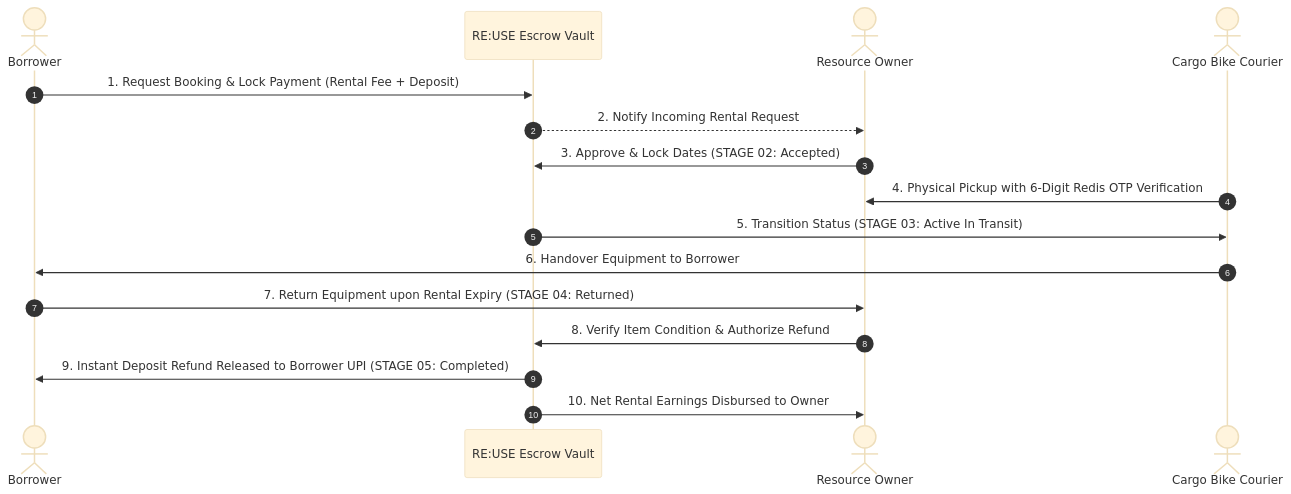
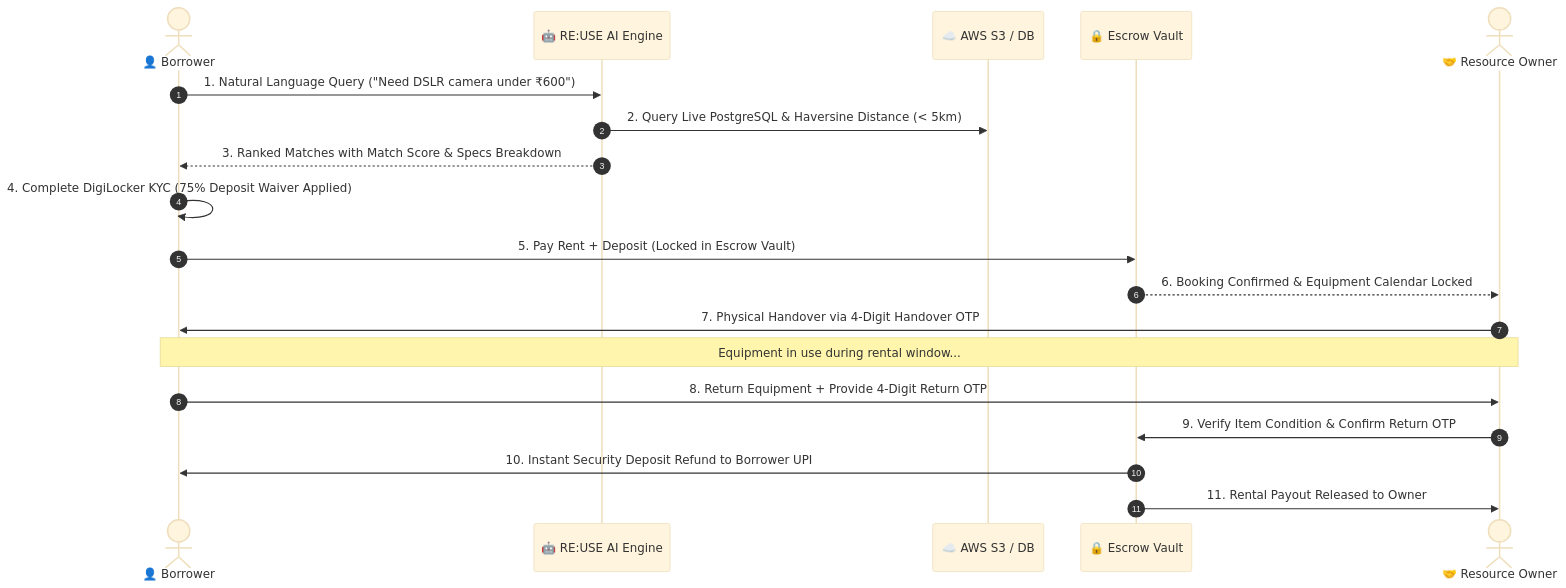
Before and after one commit to khaleek696-art/reuseproject: the first of 2 diagrams in README.md, drawn with Mermaid (base theme). The commit also changed other lines of this file, not shown here.

Commit message:
docs: overhaul README with architecture diagrams, DigiLocker KYC, Escrow vault, and Tiger Data analytics

````diff
--- a/README.md
+++ b/README.md
@@ -46,19 +81,22 @@
 ```mermaid
 sequenceDiagram
     autonumber
-    actor B as Borrower
-    participant S as RE:USE Escrow Vault
-    actor O as Resource Owner
-    actor C as Cargo Bike Courier
+    actor B as 👤 Borrower
+    participant AI as 🤖 RE:USE AI Engine
+    participant S3 as ☁️ AWS S3 / DB
+    participant E as 🔒 Escrow Vault
+    actor O as 🤝 Resource Owner
 
-    B->>S: 1. Request Booking & Lock Payment (Rental Fee + Deposit)
-    S-->>O: 2. Notify Incoming Rental Request
-    O->>S: 3. Approve & Lock Dates (STAGE 02: Accepted)
-    C->>O: 4. Physical Pickup with 6-Digit Redis OTP Verification
-    S->>C: 5. Transition Status (STAGE 03: Active In Transit)
-    C->>B: 6. Handover Equipment to Borrower
-    B->>O: 7. Return Equipment upon Rental Expiry (STAGE 04: Returned)
-    O->>S: 8. Verify Item Condition & Authorize Refund
-    S->>B: 9. Instant Deposit Refund Released to Borrower UPI (STAGE 05: Completed)
-    S->>O: 10. Net Rental Earnings Disbursed to Owner
+    B->>AI: 1. Natural Language Query ("Need DSLR camera under ₹600")
+    AI->>S3: 2. Query Live PostgreSQL & Haversine Distance (< 5km)
+    AI-->>B: 3. Ranked Matches with Match Score & Specs Breakdown
+    B->>B: 4. Complete DigiLocker KYC (75% Deposit Waiver Applied)
+    B->>E: 5. Pay Rent + Deposit (Locked in Escrow Vault)
+    E-->>O: 6. Booking Confirmed & Equipment Calendar Locked
+    O->>B: 7. Physical Handover via 4-Digit Handover OTP
+    Note over B,O: Equipment in use during rental window...
+    B->>O: 8. Return Equipment + Provide 4-Digit Return OTP
+    O->>E: 9. Verify Item Condition & Confirm Return OTP
+    E->>B: 10. Instant Security Deposit Refund to Borrower UPI
+    E->>O: 11. Rental Payout Released to Owner
 ```
````
